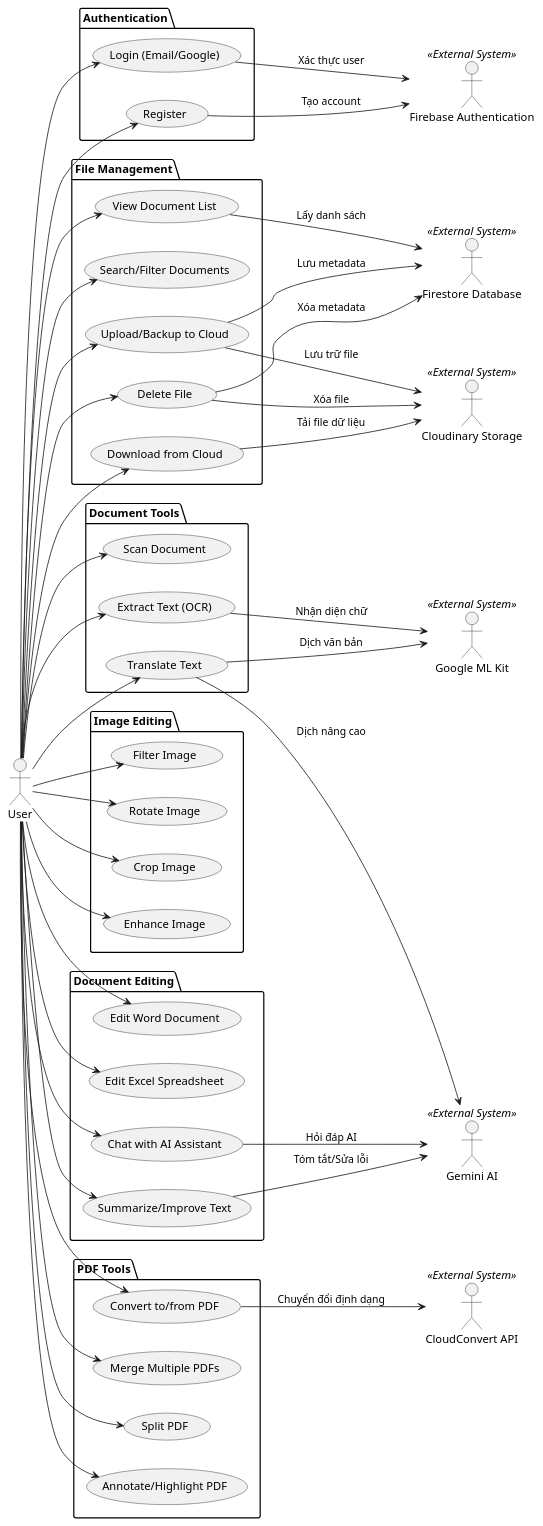
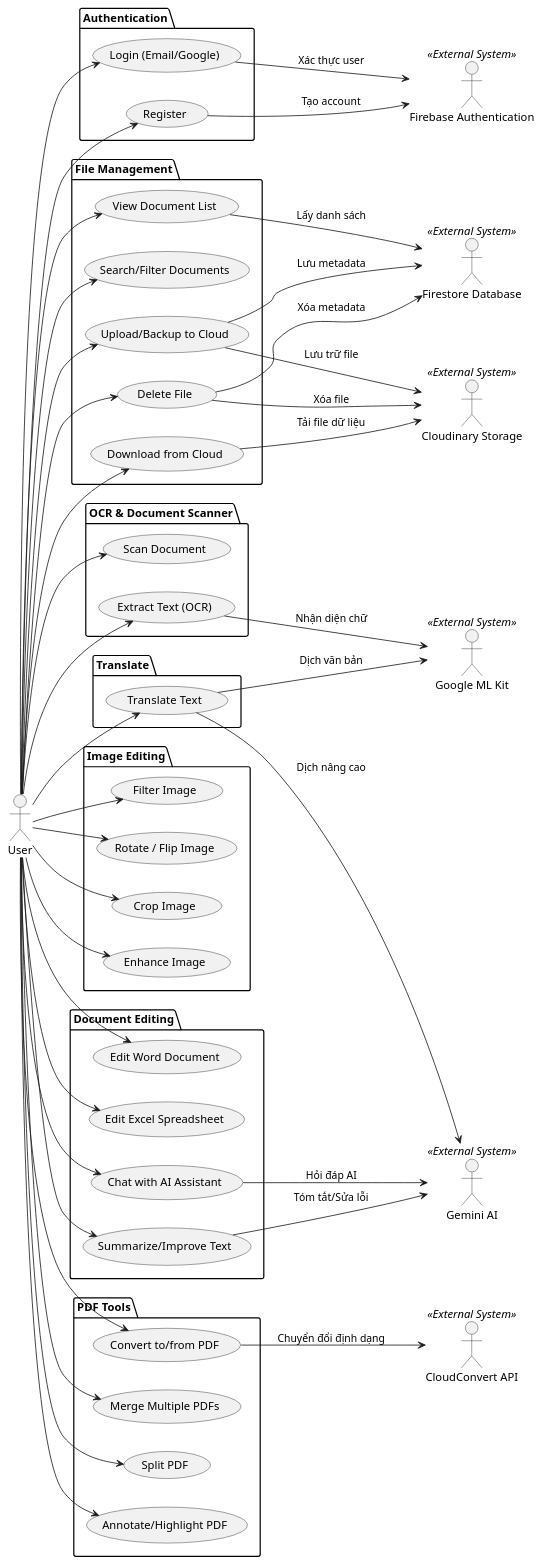
Before and after one commit to LuuQuangTien/FileEditorApp: the diagram in _docs/Usecase/UC_Tong.puml, drawn with PlantUML. The commit also changed 21 other files, not shown here.

```diff
--- a/_docs/Usecase/UC_Tong.puml
+++ b/_docs/Usecase/UC_Tong.puml
@@ -1,102 +1,105 @@
 @startuml
 left to right direction
 actor "User" as user
 
 ' External Systems
 actor "Firebase Authentication" as fb_auth <<External System>>
 actor "Firestore Database" as fb_db <<External System>>
 actor "Cloudinary Storage" as cloudinary <<External System>>
 actor "Gemini AI" as gemini <<External System>>
 actor "Google ML Kit" as ml_kit <<External System>>
 actor "CloudConvert API" as cloudconvert <<External System>>
 
 package "Authentication" {
   usecase "Login (Email/Google)" as UC_Login
   usecase "Register" as UC_Register
 }
 
 package "File Management" {
   usecase "View Document List" as UC_ViewList
   usecase "Search/Filter Documents" as UC_SearchFilter
   usecase "Upload/Backup to Cloud" as UC_Upload
   usecase "Download from Cloud" as UC_Download
   usecase "Delete File" as UC_Delete
 }
 
-package "Document Tools" {
+package "OCR & Document Scanner" {
   usecase "Scan Document" as UC_Scan
   usecase "Extract Text (OCR)" as UC_OCR
+}
+
+package "Translate" {
   usecase "Translate Text" as UC_Translate
 }
 
 package "Image Editing" {
   usecase "Filter Image" as UC_Filter
-  usecase "Rotate Image" as UC_Rotate
+  usecase "Rotate / Flip Image" as UC_Rotate
   usecase "Crop Image" as UC_Crop
   usecase "Enhance Image" as UC_Enhance
 }
 
 package "Document Editing" {
   usecase "Edit Word Document" as UC_EditDoc
   usecase "Edit Excel Spreadsheet" as UC_EditExcel
   usecase "Chat with AI Assistant" as UC_ChatAI
   usecase "Summarize/Improve Text" as UC_AIAssist
 }
 
 package "PDF Tools" {
   usecase "Convert to/from PDF" as UC_ConvertPdf
   usecase "Merge Multiple PDFs" as UC_MergePdf
   usecase "Split PDF" as UC_SplitPdf
   usecase "Annotate/Highlight PDF" as UC_AnnotatePdf
 }
 
 ' User interactions
 user --> UC_Login
 user --> UC_Register
 
 user --> UC_ViewList
 user --> UC_SearchFilter
 user --> UC_Upload
 user --> UC_Download
 user --> UC_Delete
 
 user --> UC_Scan
 user --> UC_OCR
 user --> UC_Translate
 
 user --> UC_Filter
 user --> UC_Rotate
 user --> UC_Crop
 user --> UC_Enhance
 
 user --> UC_EditDoc
 user --> UC_EditExcel
 user --> UC_ChatAI
 user --> UC_AIAssist
 
 user --> UC_ConvertPdf
 user --> UC_MergePdf
 user --> UC_SplitPdf
 user --> UC_AnnotatePdf
 
 ' System interactions
 UC_Login --> fb_auth : "Xác thực user"
 UC_Register --> fb_auth : "Tạo account"
 
 UC_Upload --> cloudinary : "Lưu trữ file"
 UC_Upload --> fb_db : "Lưu metadata"
 UC_Download --> cloudinary : "Tải file dữ liệu"
 UC_ViewList --> fb_db : "Lấy danh sách"
 UC_Delete --> cloudinary : "Xóa file"
 UC_Delete --> fb_db : "Xóa metadata"
 
 UC_OCR --> ml_kit : "Nhận diện chữ"
 UC_Translate --> ml_kit : "Dịch văn bản"
 UC_Translate --> gemini : "Dịch nâng cao"
 
 UC_ChatAI --> gemini : "Hỏi đáp AI"
 UC_AIAssist --> gemini : "Tóm tắt/Sửa lỗi"
 
 UC_ConvertPdf --> cloudconvert : "Chuyển đổi định dạng"
 
 @enduml
```
